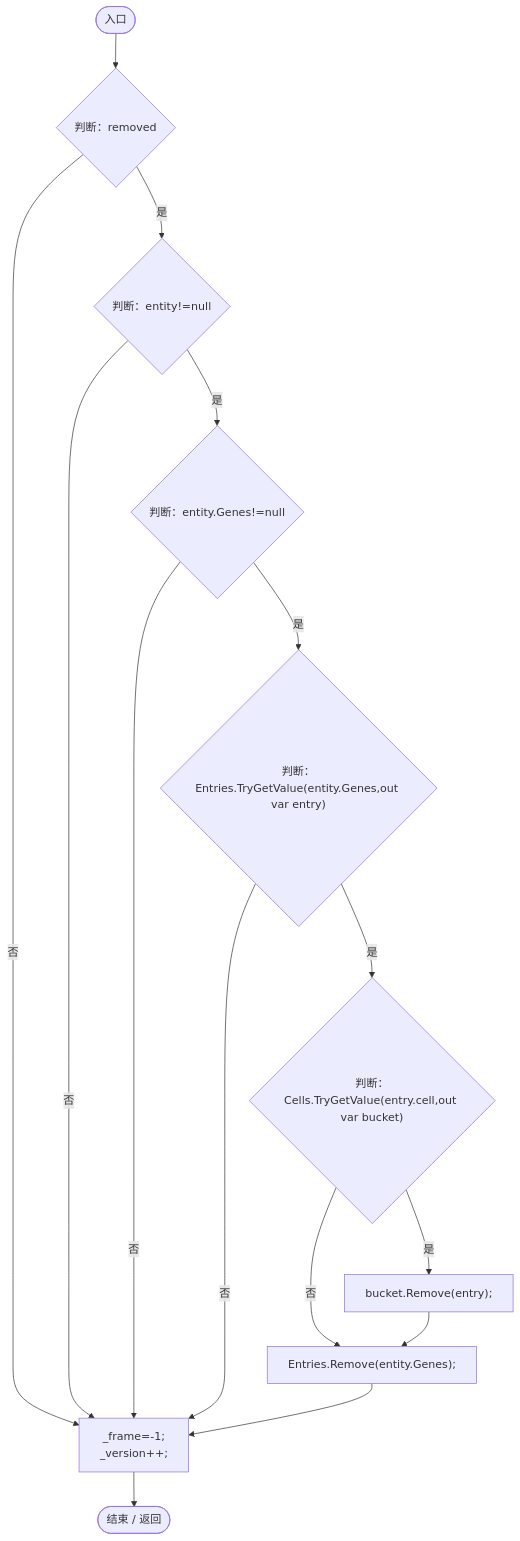
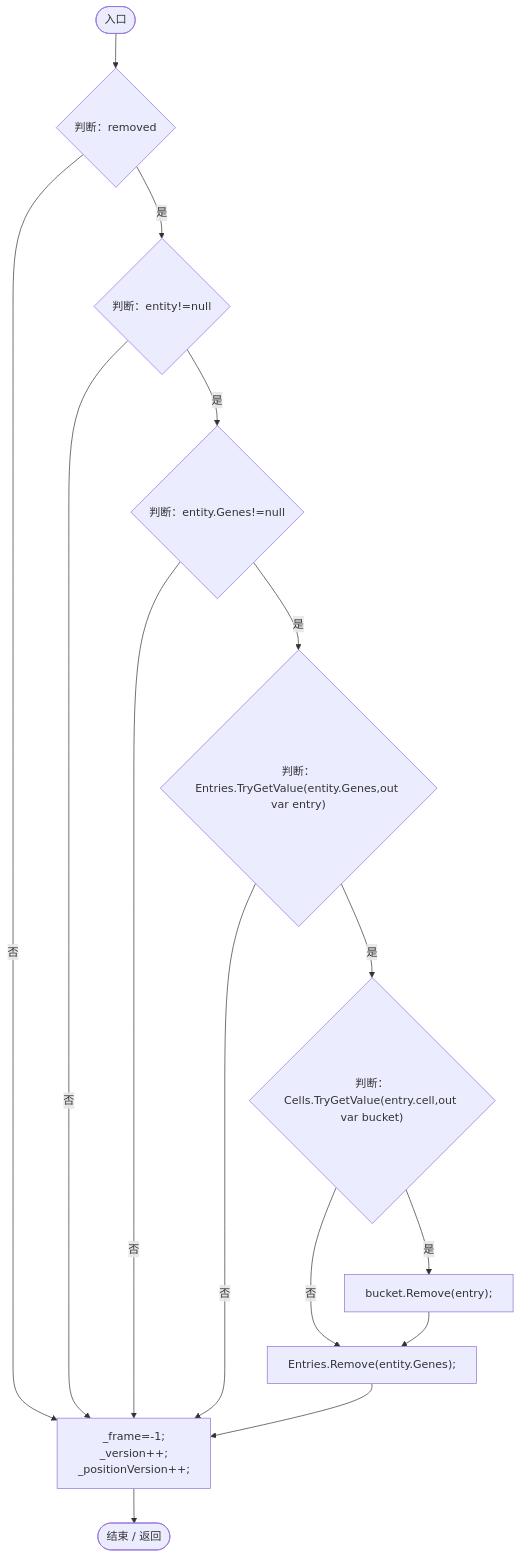
Before and after one commit to xhs6666/Darwin_paradise: the eighth of 16 diagrams in Docs/运行流程图/脚本/e5e24c4aff0395b1.md, drawn with Mermaid. The commit also changed other lines of this file and 219 other files, not shown here.

````diff
--- a/Docs/运行流程图/脚本/e5e24c4aff0395b1.md
+++ b/Docs/运行流程图/脚本/e5e24c4aff0395b1.md
@@ -249,28 +281,28 @@
 ```mermaid
 flowchart TD
   b0(["入口"])
   b1{"判断：removed"}
   b2{"判断：entity!=null"}
   b3{"判断：entity.Genes!=null"}
   b4{"判断：Entries.TryGetValue(entity.Genes,out var entry)"}
   b5{"判断：Cells.TryGetValue(entry.cell,out var bucket)"}
   b6["bucket.Remove(entry);"]
   b7["Entries.Remove(entity.Genes);"]
-  b8["_frame=-1;<br/>_version++;"]
+  b8["_frame=-1;<br/>_version++;<br/>_positionVersion++;"]
   b9(["结束 / 返回"])
   b0 --> b1
   b1 -->|"是"| b2
   b1 -->|"否"| b8
   b2 -->|"是"| b3
   b2 -->|"否"| b8
   b3 -->|"是"| b4
   b3 -->|"否"| b8
   b4 -->|"是"| b5
   b4 -->|"否"| b8
   b5 -->|"是"| b6
   b5 -->|"否"| b7
   b6 --> b7
   b7 --> b8
   b8 --> b9
 
 ```
````
